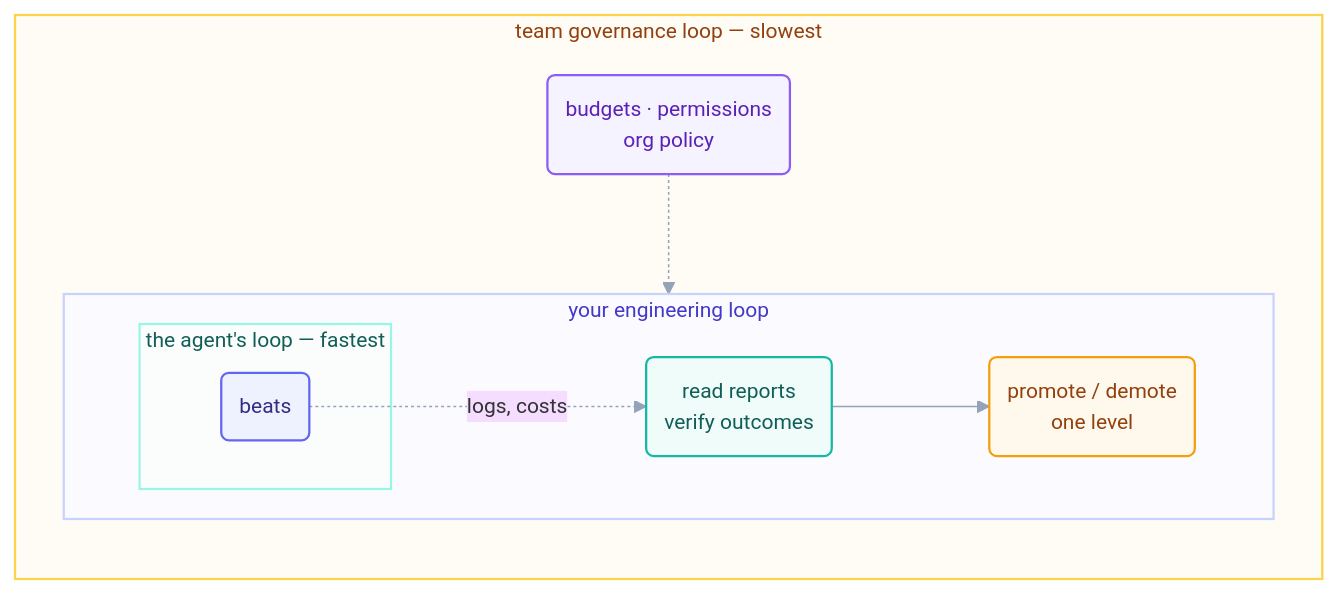
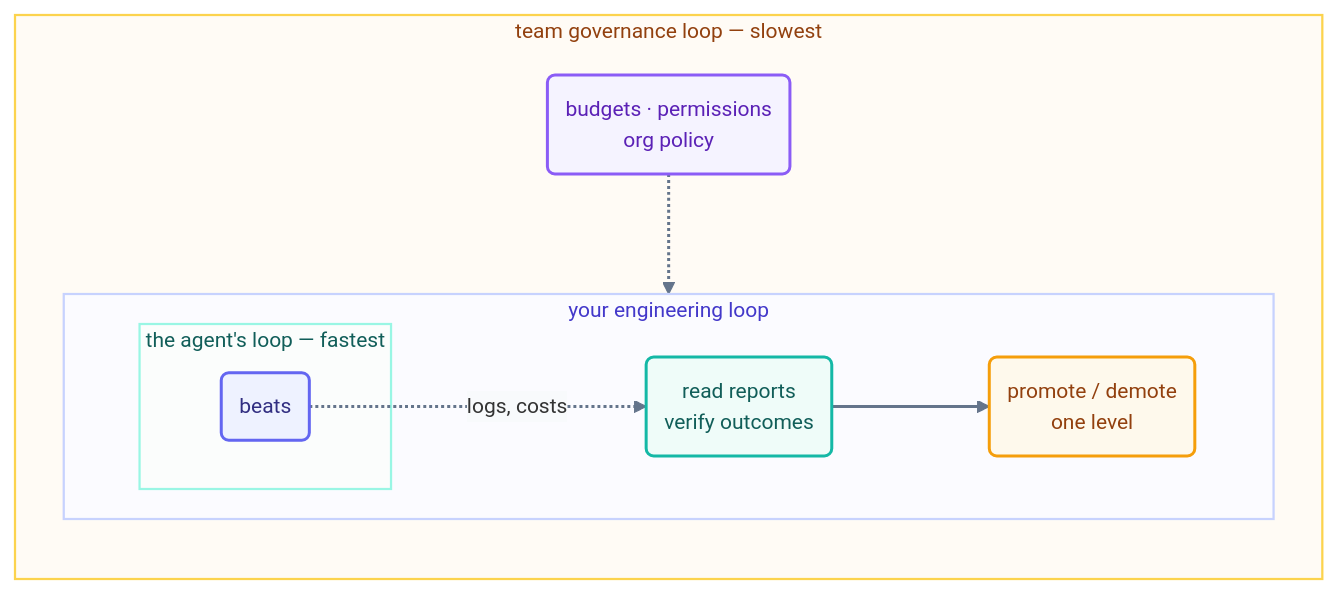
The second of 2 diagrams in docs/08-part-6-human-control/14-staying-the-engineer.md (ayeshakhalid192007-dev/LoopEngineering-CrashCourse), drawn with Mermaid before and after one commit. The commit also changed other lines of this file and 66 other files, not shown here.

First line of the commit message:
docs(diagrams): bolden and unify all 70 mermaid diagrams

````diff
--- a/docs/08-part-6-human-control/14-staying-the-engineer.md
+++ b/docs/08-part-6-human-control/14-staying-the-engineer.md
@@ -64,22 +65,23 @@
 ```mermaid
-%%{init: {'theme':'base','themeVariables':{'fontFamily':'ui-sans-serif, system-ui, sans-serif','fontSize':'14px','lineColor':'#94a3b8'},'flowchart':{'curve':'basis','nodeSpacing':45,'rankSpacing':55,'padding':12}}}%%
+%%{init: {'theme':'base','themeVariables':{'fontFamily':'ui-sans-serif, system-ui, sans-serif','fontSize':'14px','lineColor':'#64748b','edgeLabelBackground':'#f8fafc'},'flowchart':{'curve':'basis','nodeSpacing':45,'rankSpacing':55,'padding':12}}}%%
 flowchart LR
     subgraph GOV ["team governance loop — slowest"]
       subgraph ENG ["your engineering loop"]
         subgraph AG ["the agent's loop — fastest"]
           B("beats"):::beat
         end
         R("read reports<br/>verify outcomes"):::check --> P("promote / demote<br/>one level"):::human2
       end
       POL("budgets · permissions<br/>org policy"):::cfg
     end
     B -.->|"logs, costs"| R
     POL -.-> ENG
-    classDef beat fill:#eef2ff,stroke:#6366f1,stroke-width:1.5px,color:#312e81;
-    classDef check fill:#effcf9,stroke:#14b8a6,stroke-width:1.5px,color:#115e59;
-    classDef human2 fill:#fef9ec,stroke:#f59e0b,stroke-width:1.5px,color:#92400e;
-    classDef cfg fill:#f5f3ff,stroke:#8b5cf6,stroke-width:1.5px,color:#5b21b6;
+    linkStyle default stroke:#64748b,stroke-width:2px;
+    classDef beat fill:#eef2ff,stroke:#6366f1,stroke-width:2px,color:#312e81;
+    classDef check fill:#effcf9,stroke:#14b8a6,stroke-width:2px,color:#115e59;
+    classDef human2 fill:#fef9ec,stroke:#f59e0b,stroke-width:2px,color:#92400e;
+    classDef cfg fill:#f5f3ff,stroke:#8b5cf6,stroke-width:2px,color:#5b21b6;
     style GOV fill:#fffbf5,stroke:#fcd34d,stroke-width:1.5px,color:#92400e;
     style ENG fill:#fbfbff,stroke:#c7d2fe,stroke-width:1.5px,color:#4338ca;
     style AG fill:#fbfdfc,stroke:#99f6e4,stroke-width:1.5px,color:#115e59;
 ```
````
